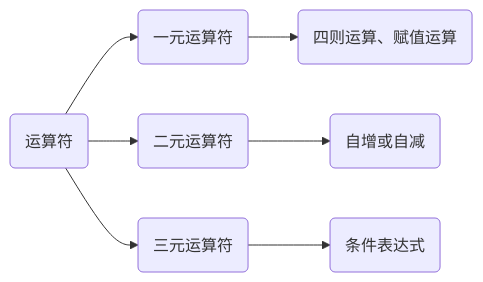
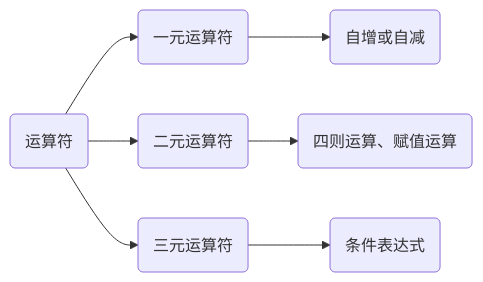
One commit to hughxusu/lesson-web changed the fourth of 4 diagrams in docs/js/a-base/05-条件.md. Above: the diagram before and after it, drawn with Mermaid. The commit also changed other lines of this file and 10 other files, not shown here.

````diff
--- a/docs/js/a-base/05-条件.md
+++ b/docs/js/a-base/05-条件.md
@@ -199,9 +199,9 @@
 ```mermaid
 graph LR
 a(运算符)-->b(一元运算符)
 a-->c(二元运算符)
 a-->d(三元运算符)
-b-->e(四则运算、赋值运算)
-c-->f(自增或自减)
+b-->f(自增或自减)
+c-->e(四则运算、赋值运算)
 d-->g(条件表达式)
 ```
````
